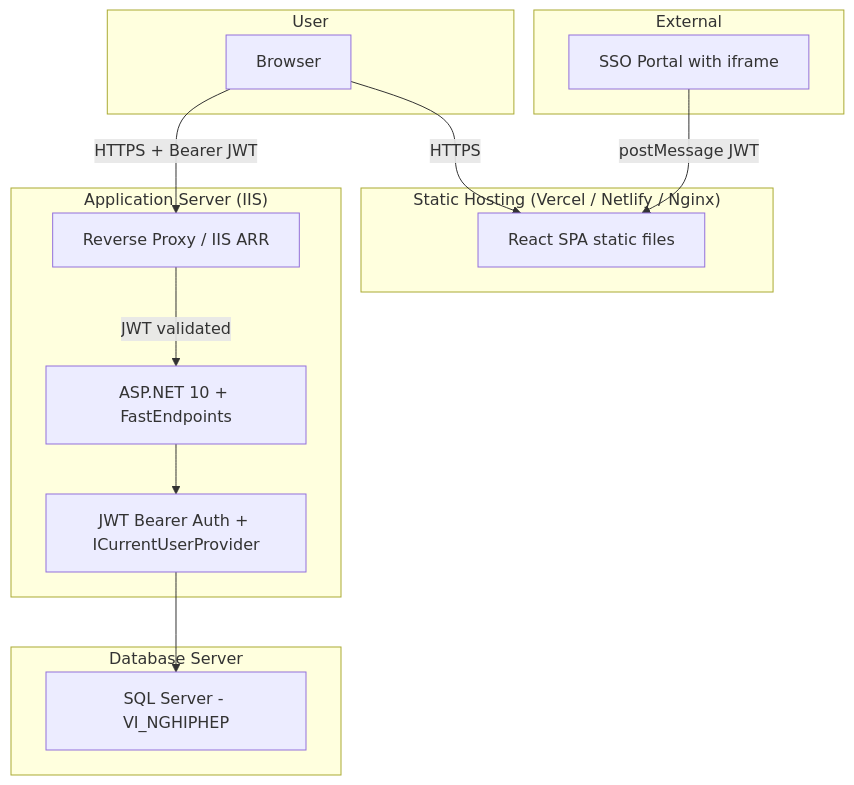
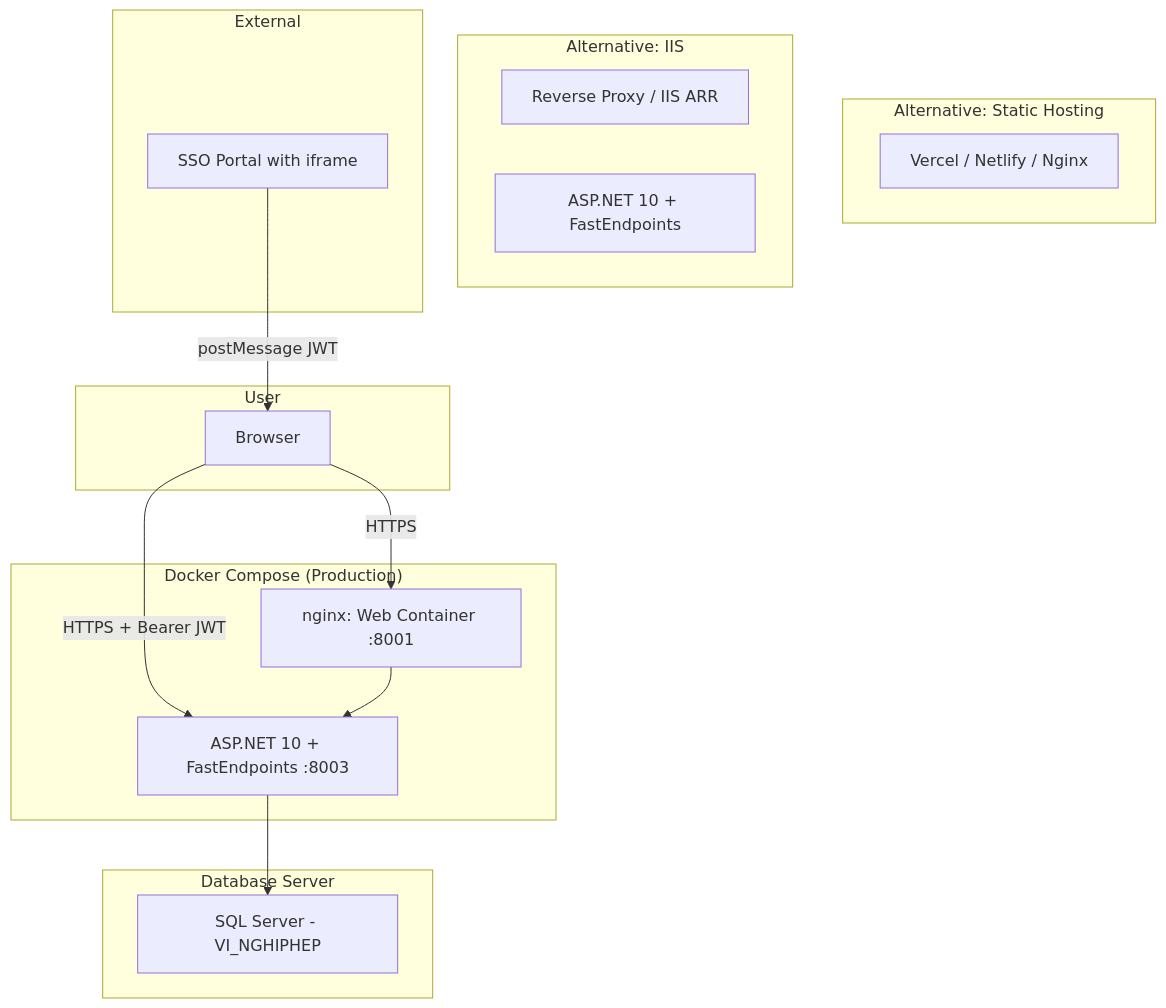
One commit to Ali-AnNT/qlnp-ttcds changed the eighth of 8 diagrams in docs/system-architecture.md. Above: the diagram before and after it, drawn with Mermaid. The commit also changed other lines of this file and 7 other files, not shown here.

Commit message:
docs: update project documentation and roadmap

````diff
--- a/docs/system-architecture.md
+++ b/docs/system-architecture.md
@@ -363,27 +401,29 @@
 ```mermaid
 graph TD
-    subgraph "Static Hosting (Vercel / Netlify / Nginx)"
-        SPA[React SPA static files]
+    subgraph "Docker Compose (Production)"
+        WEB[nginx: Web Container :8001]
+        API[ASP.NET 10 + FastEndpoints :8003]
     end
-    subgraph "Application Server (IIS)"
+    subgraph "Alternative: Static Hosting"
+        STATIC[Vercel / Netlify / Nginx]
+    end
+    subgraph "Alternative: IIS"
         RP[Reverse Proxy / IIS ARR]
-        API[ASP.NET 10 + FastEndpoints]
-        AUTH[JWT Bearer Auth + ICurrentUserProvider]
+        API2[ASP.NET 10 + FastEndpoints]
     end
     subgraph "Database Server"
         DB[SQL Server - VI_NGHIPHEP]
     end
     subgraph "External"
-        Host[SSO Portal with iframe]
+        SSO[SSO Portal with iframe]
     end
     subgraph "User"
         Browser[Browser]
     end
 
-    Browser -->|HTTPS| SPA
-    Browser -->|HTTPS + Bearer JWT| RP
-    RP -->|JWT validated| API
-    Host -->|postMessage JWT| SPA
-    API --> AUTH
-    AUTH --> DB
+    Browser -->|HTTPS| WEB
+    Browser -->|HTTPS + Bearer JWT| API
+    WEB --> API
+    API --> DB
+    SSO -->|postMessage JWT| Browser
 ```
````
